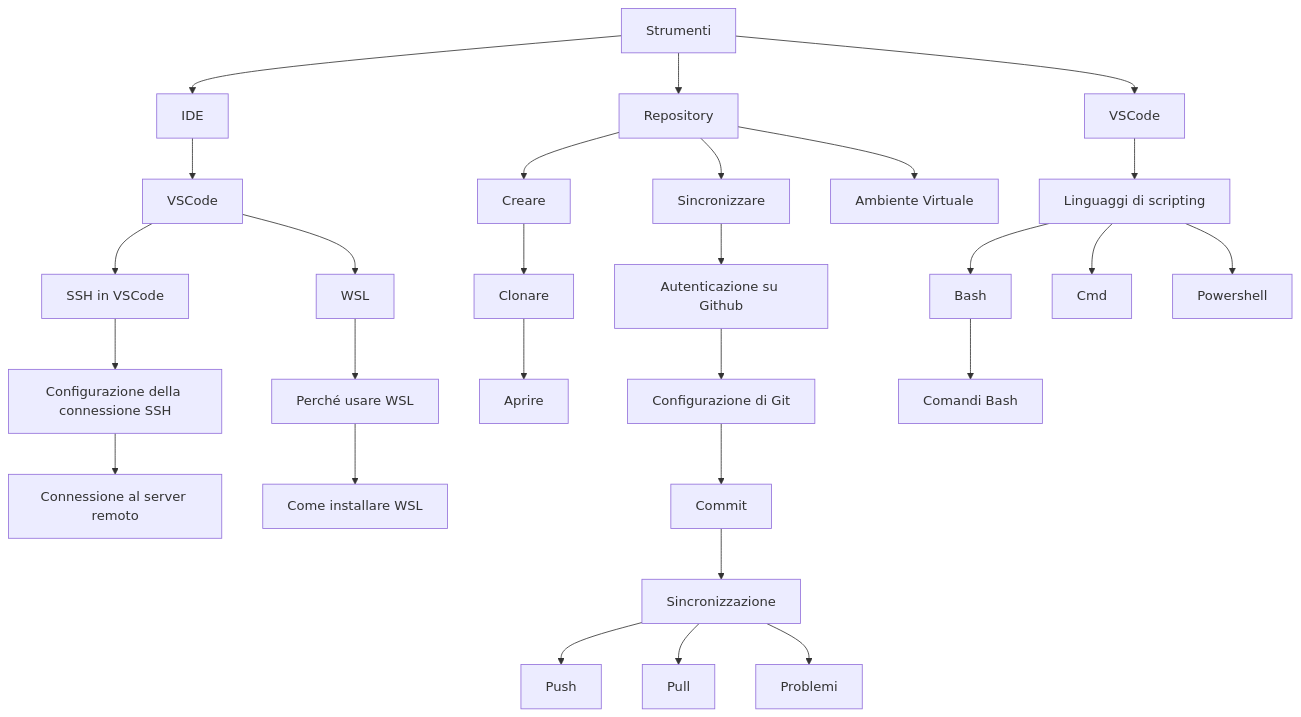
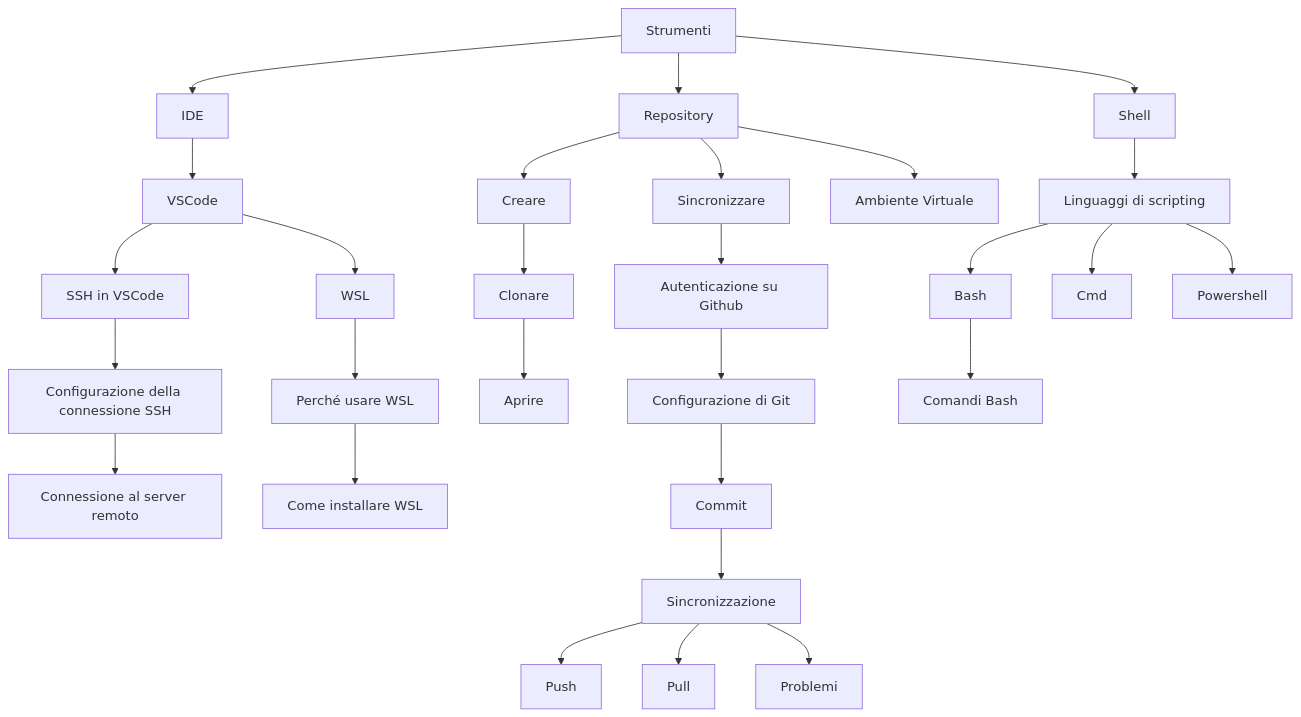
One commit to angelogalantiscuola/IT changed the diagram in tools/_percorso_tools.md. Above: the diagram before and after it, drawn with Mermaid. The commit also changed 7 other files, not shown here.

Commit message:
Update association in UML diagram

````diff
--- a/tools/_percorso_tools.md
+++ b/tools/_percorso_tools.md
@@ -3,44 +3,44 @@
 ```mermaid
 graph TD
     A[Strumenti]
     A --> B[IDE]
     A --> C[Repository]
 
     B[IDE] 
     B --> D[VSCode]
 
     D[VSCode] 
     D --> E[WSL] 
     D --> F[SSH in VSCode] 
     F --> G[Configurazione della connessione SSH]
     G --> H[Connessione al server remoto]
 
     E[WSL] 
     E --> I[Perché usare WSL]
     I --> J[Come installare WSL]
 
     C[Repository] 
     C --> K[Creare]
     K --> L[Clonare]
     L --> M[Aprire]
     C --> N[Sincronizzare]
     C --> O[Ambiente Virtuale]
 
     N[Sincronizzare] 
     N --> P[Autenticazione su Github]
     P --> Q[Configurazione di Git]
     Q --> R[Commit]
     R --> S[Sincronizzazione]
     S --> T[Push]
     S --> U[Pull]
     S --> V[Problemi]
 
     W[Shell] 
-    A --> W[VSCode]
+    A --> W[Shell]
     W --> X[Linguaggi di scripting]
     X --> Y[Bash]
     X --> Z[Cmd]
     X --> AA[Powershell]
     Y --> AB[Comandi Bash]
 
 ```
````
